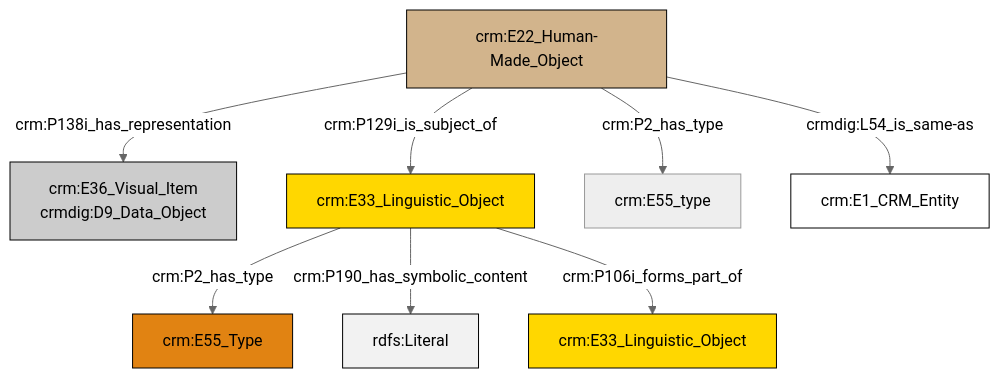
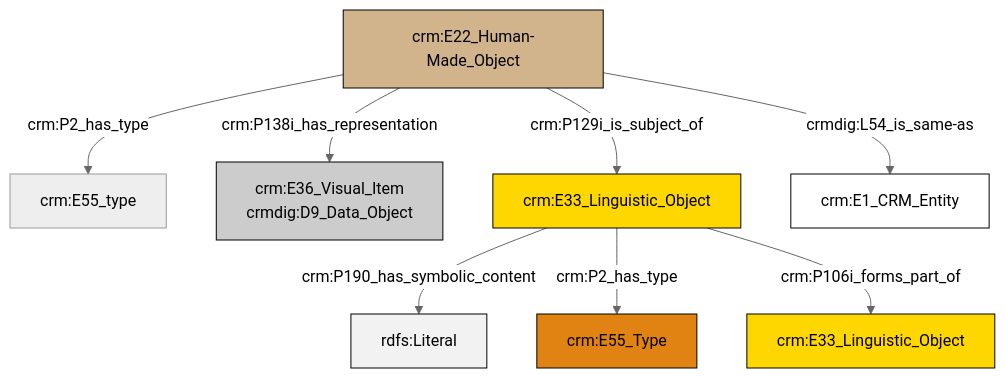
One commit to swiss-art-research-net/docs.swissartresearch changed the diagram in et/artworkCSV/ttl/mmd/Artwork_Documentation.ttl.mmd. Above: the diagram before and after it, drawn with Mermaid (neutral theme). The commit also changed 175 other files, not shown here.

```diff
--- a/et/artworkCSV/ttl/mmd/Artwork_Documentation.ttl.mmd
+++ b/et/artworkCSV/ttl/mmd/Artwork_Documentation.ttl.mmd
@@ -1,22 +1,22 @@
 graph TD
 classDef Literal fill:#f2f2f2,stroke:#000000;
 classDef CRM_Entity fill:#FFFFFF,stroke:#000000;
 classDef Temporal_Entity fill:#00C9E6, stroke:#000000;
 classDef Type fill:#E18312, stroke:#000000;
 classDef Time-Span fill:#2C9C91, stroke:#000000;
 classDef Appellation fill:#FFEB7F, stroke:#000000;
 classDef Place fill:#008836, stroke:#000000;
 classDef Persistent_Item fill:#B266B2, stroke:#000000;
 classDef Conceptual_Object fill:#FFD700, stroke:#000000;
 classDef Physical_Thing fill:#D2B48C, stroke:#000000;
 classDef Actor fill:#f58aad, stroke:#000000;
 classDef PC_Classes fill:#4ce600, stroke:#000000;
 classDef Multi fill:#cccccc,stroke:#000000;
 
-6["crm:E33_Linguistic_Object"]:::Conceptual_Object -->|crm:P2_has_type| 0["crm:E55_Type"]:::Type
-6["crm:E33_Linguistic_Object"]:::Conceptual_Object -->|crm:P190_has_symbolic_content| 7[rdfs:Literal]:::Literal
-11["crm:E22_Human-Made_Object"]:::Physical_Thing -->|crmdig:L54_is_same-as| 12["crm:E1_CRM_Entity"]:::CRM_Entity
-11["crm:E22_Human-Made_Object"]:::Physical_Thing -->|crm:P2_has_type| 8["crm:E55_type"]:::Default
-11["crm:E22_Human-Made_Object"]:::Physical_Thing -->|crm:P129i_is_subject_of| 6["crm:E33_Linguistic_Object"]:::Conceptual_Object
-6["crm:E33_Linguistic_Object"]:::Conceptual_Object -->|crm:P106i_forms_part_of| 4["crm:E33_Linguistic_Object"]:::Conceptual_Object
-11["crm:E22_Human-Made_Object"]:::Physical_Thing -->|crm:P138i_has_representation| 2["crm:E36_Visual_Item<br>crmdig:D9_Data_Object"]:::Multi
+6["crm:E22_Human-Made_Object"]:::Physical_Thing -->|crm:P138i_has_representation| 4["crm:E36_Visual_Item<br>crmdig:D9_Data_Object"]:::Multi
+7["crm:E33_Linguistic_Object"]:::Conceptual_Object -->|crm:P190_has_symbolic_content| 8[rdfs:Literal]:::Literal
+6["crm:E22_Human-Made_Object"]:::Physical_Thing -->|crmdig:L54_is_same-as| 10["crm:E1_CRM_Entity"]:::CRM_Entity
+7["crm:E33_Linguistic_Object"]:::Conceptual_Object -->|crm:P2_has_type| 2["crm:E55_Type"]:::Type
+6["crm:E22_Human-Made_Object"]:::Physical_Thing -->|crm:P2_has_type| 0["crm:E55_type"]:::Default
+6["crm:E22_Human-Made_Object"]:::Physical_Thing -->|crm:P129i_is_subject_of| 7["crm:E33_Linguistic_Object"]:::Conceptual_Object
+7["crm:E33_Linguistic_Object"]:::Conceptual_Object -->|crm:P106i_forms_part_of| 13["crm:E33_Linguistic_Object"]:::Conceptual_Object
```
